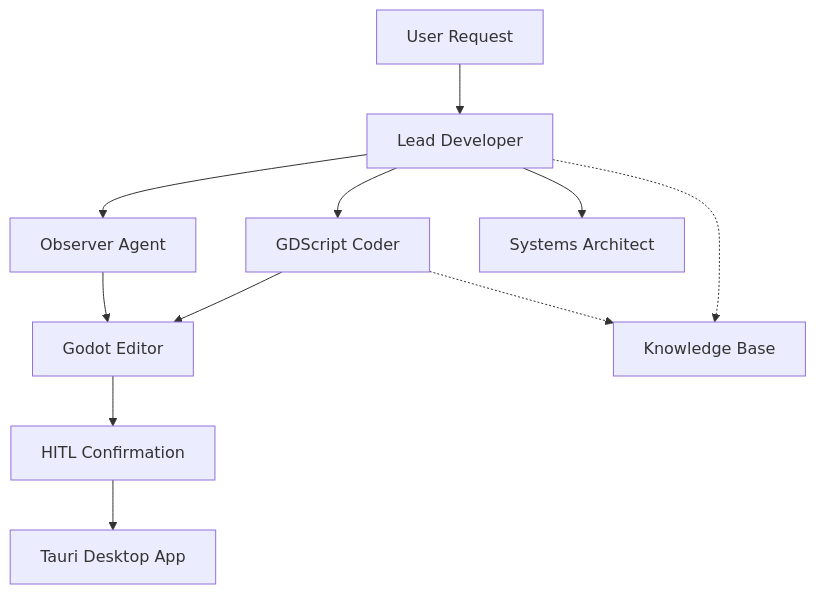
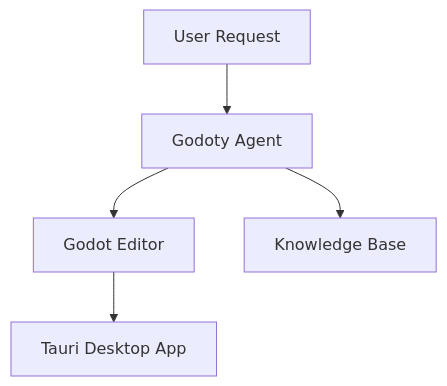
The diagram in AGENTS.md (MarbleSodas/Godoty), drawn with Mermaid before and after one commit. The commit also changed other lines of this file and 35 other files, not shown here.

First line of the commit message:
feat: Implement unified Godoty agent architecture for streamlined Godot development

````diff
--- a/AGENTS.md
+++ b/AGENTS.md
@@ -9,13 +9,7 @@
 ```mermaid
 graph TD
-    User[User Request] --> Lead[Lead Developer]
-    Lead --> Observer[Observer Agent]
-    Lead --> Coder[GDScript Coder]
-    Lead --> Architect[Systems Architect]
-    Observer --> Godot[Godot Editor]
-    Coder --> Godot
-    Godot --> HITL[HITL Confirmation]
-    HITL --> Tauri[Tauri Desktop App]
-    Lead -.-> Knowledge[Knowledge Base]
-    Coder -.-> Knowledge
+    User[User Request] --> Godoty[Godoty Agent]
+    Godoty --> Godot[Godot Editor]
+    Godoty --> Knowledge[Knowledge Base]
+    Godot --> Tauri[Tauri Desktop App]
 ```
````
